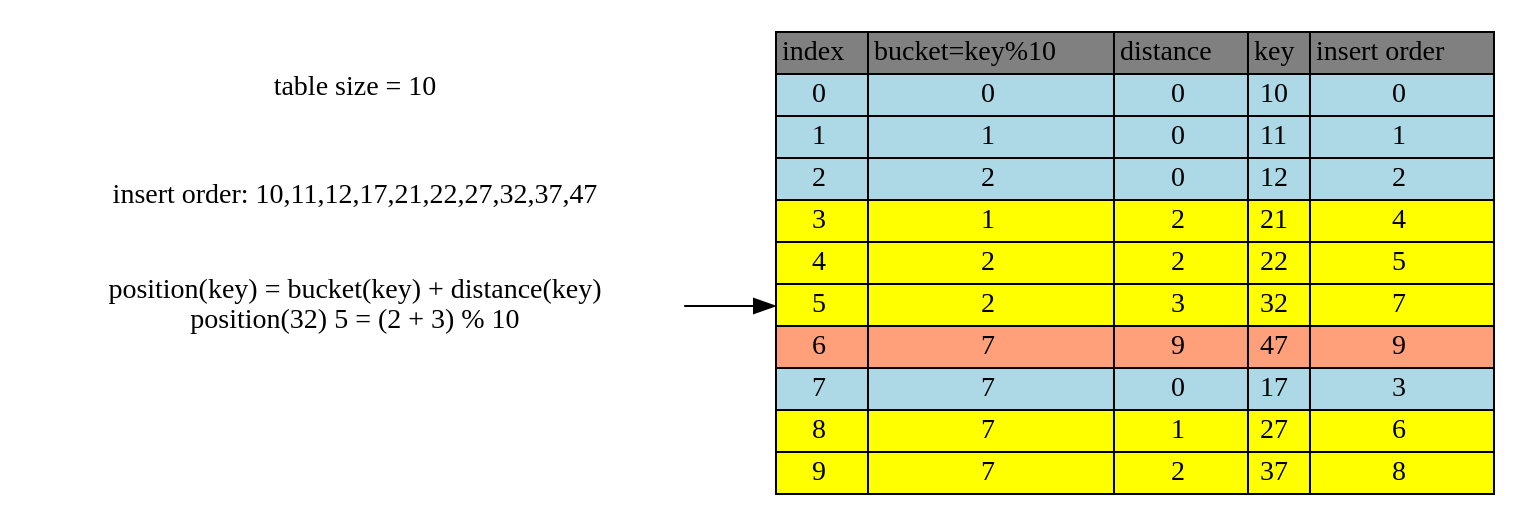
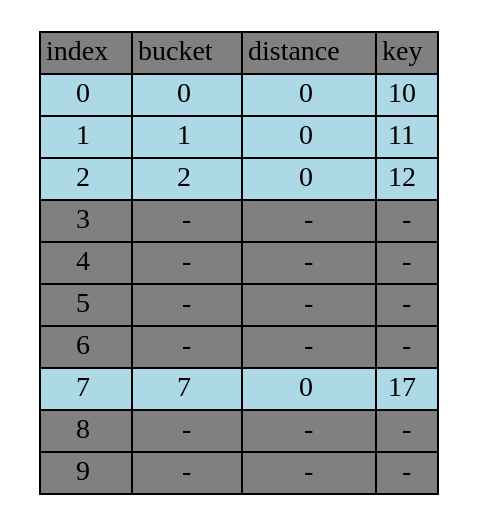
Before and after one commit to jasonlue/digest: the diagram in hash-table/open-address-insert-10-11-12-17.dot, drawn with Graphviz. The commit also changed 7 other files, not shown here.

```diff
--- a/hash-table/open-address-insert-10-11-12-17.dot
+++ b/hash-table/open-address-insert-10-11-12-17.dot
@@ -1,89 +1,75 @@
 digraph table{
     rankdir=LR
     node[shape=plaintext]
 
     table[label=<
         <TABLE BORDER="0" CELLBORDER="1" CELLSPACING="0">
             <TR>
                 <TD BGCOLOR="grey">index</TD>
-                <TD BGCOLOR="grey">bucket=key%10</TD>
+                <TD BGCOLOR="grey">bucket</TD>
                 <TD BGCOLOR="grey">distance</TD>
                 <TD BGCOLOR="grey">key</TD>
-                <TD BGCOLOR="grey">insert order</TD>
             </TR>           
             <TR>
                 <TD BGCOLOR="lightblue" PORT="i0">0</TD>
                 <TD BGCOLOR="lightblue">0</TD>
                 <TD BGCOLOR="lightblue">0</TD>
                 <TD BGCOLOR="lightblue" PORT="k0">10</TD>
-                <TD BGCOLOR="lightblue">0</TD>
             </TR>           
             <TR>
                 <TD BGCOLOR="lightblue" PORT="i1">1</TD>
                 <TD BGCOLOR="lightblue">1</TD>
                 <TD BGCOLOR="lightblue">0</TD>
                 <TD BGCOLOR="lightblue" PORT="k1">11</TD>
-                <TD BGCOLOR="lightblue">1</TD>
             </TR>           
             <TR>
                 <TD BGCOLOR="lightblue" PORT="i2">2</TD>
                 <TD BGCOLOR="lightblue">2</TD>
                 <TD BGCOLOR="lightblue">0</TD>
                 <TD BGCOLOR="lightblue" PORT="k2">12</TD>
-                <TD BGCOLOR="lightblue">2</TD>
             </TR>           
             <TR>
-                <TD BGCOLOR="yellow" PORT="i3">3</TD>
-                <TD BGCOLOR="yellow">1</TD>
-                <TD BGCOLOR="yellow">2</TD>
-                <TD BGCOLOR="yellow" PORT="k3">21</TD>
-                <TD BGCOLOR="yellow">4</TD>
+                <TD BGCOLOR="grey" PORT="i3">3</TD>
+                <TD BGCOLOR="grey">-</TD>
+                <TD BGCOLOR="grey">-</TD>
+                <TD BGCOLOR="grey" PORT="k3">-</TD>
             </TR>           
             <TR>
-                <TD BGCOLOR="yellow" PORT="i4">4</TD>
-                <TD BGCOLOR="yellow">2</TD>
-                <TD BGCOLOR="yellow">2</TD>
-                <TD BGCOLOR="yellow" PORT="k4">22</TD>
-                <TD BGCOLOR="yellow">5</TD>
+                <TD BGCOLOR="grey" PORT="i4">4</TD>
+                <TD BGCOLOR="grey">-</TD>
+                <TD BGCOLOR="grey">-</TD>
+                <TD BGCOLOR="grey" PORT="k4">-</TD>
             </TR>           
             <TR>
-                <TD BGCOLOR="yellow" PORT="i5">5</TD>
-                <TD BGCOLOR="yellow">2</TD>
-                <TD BGCOLOR="yellow">3</TD>
-                <TD BGCOLOR="yellow" PORT="k5">32</TD>
-                <TD BGCOLOR="yellow">7</TD>
+                <TD BGCOLOR="grey" PORT="i5">5</TD>
+                <TD BGCOLOR="grey">-</TD>
+                <TD BGCOLOR="grey">-</TD>
+                <TD BGCOLOR="grey" PORT="k5">-</TD>
             </TR>           
             <TR>
-                <TD BGCOLOR="lightsalmon" PORT="i6">6</TD>
-                <TD BGCOLOR="lightsalmon">7</TD>
-                <TD BGCOLOR="lightsalmon">9</TD>
-                <TD BGCOLOR="lightsalmon" PORT="k6">47</TD>M(hash, table_size)` 
-                <TD BGCOLOR="lightsalmon">9</TD>
+                <TD BGCOLOR="grey" PORT="i6">6</TD>
+                <TD BGCOLOR="grey">-</TD>
+                <TD BGCOLOR="grey">-</TD>
+                <TD BGCOLOR="grey" PORT="k6">-</TD> 
             </TR>           
             <TR>
                 <TD BGCOLOR="lightblue" PORT="i7">7</TD>
                 <TD BGCOLOR="lightblue">7</TD>
                 <TD BGCOLOR="lightblue">0</TD>
                 <TD BGCOLOR="lightblue" PORT="k7">17</TD>
-                <TD BGCOLOR="lightblue">3</TD>
             </TR>           
             <TR>
-                <TD BGCOLOR="yellow" PORT="i8">8</TD>
-                <TD BGCOLOR="yellow">7</TD>
-                <TD BGCOLOR="yellow">1</TD>
-                <TD BGCOLOR="yellow" PORT="k8">27</TD>
-                <TD BGCOLOR="yellow">6</TD>
+                <TD BGCOLOR="grey" PORT="i8">8</TD>
+                <TD BGCOLOR="grey">-</TD>
+                <TD BGCOLOR="grey">-</TD>
+                <TD BGCOLOR="grey" PORT="k8">-</TD>
             </TR>           
             <TR>
-                <TD BGCOLOR="yellow" PORT="i9">9</TD>
-                <TD BGCOLOR="yellow">7</TD>
-                <TD BGCOLOR="yellow">2</TD>
-                <TD BGCOLOR="yellow" PORT="k9">37</TD>
-                <TD BGCOLOR="yellow">8</TD>
+                <TD BGCOLOR="grey" PORT="i9">9</TD>
+                <TD BGCOLOR="grey">-</TD>
+                <TD BGCOLOR="grey">-</TD>
+                <TD BGCOLOR="grey" PORT="k9">-</TD>
             </TR>           
         </TABLE>
     >]
-    "insert order: 10,11,12,17,21,22,27,32,37,47"
-    "table size = 10"
-    "position(key) = bucket(key) + distance(key)\n position(32) 5 = (2 + 3) % 10" -> table:i5    
 }
```
